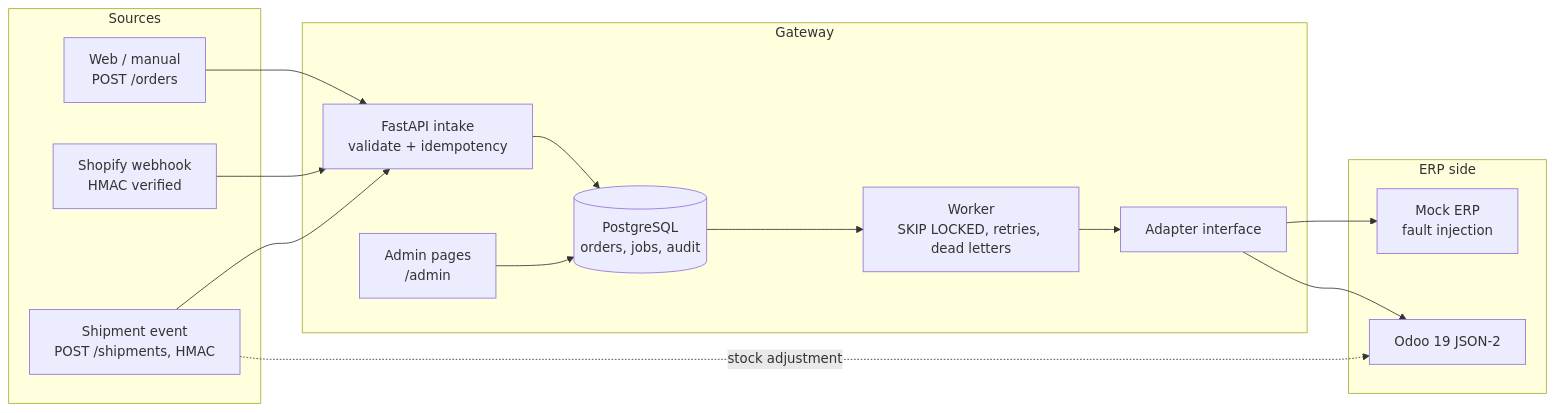
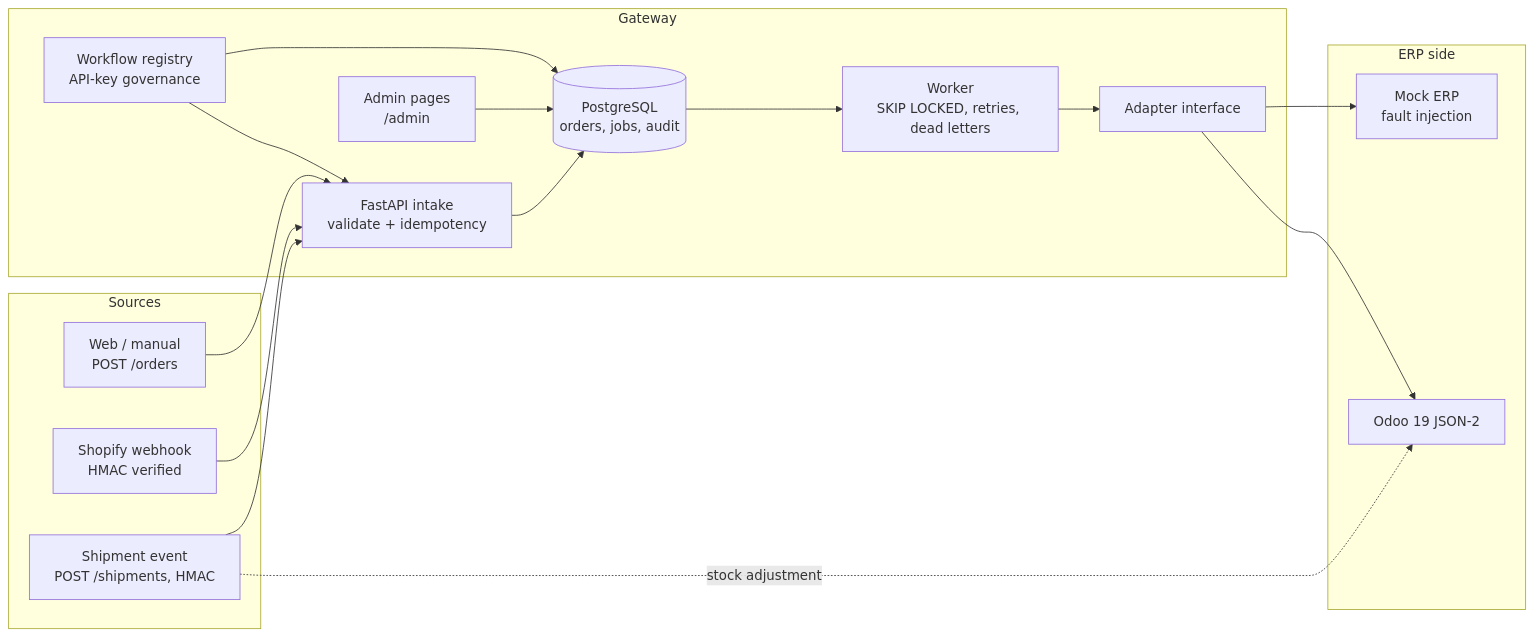
One commit to mediads786/order-gateway changed the first of 2 diagrams in README.md. Above: the diagram before and after it, drawn with Mermaid. The commit also changed other lines of this file and 4 other files, not shown here.

````diff
--- a/README.md
+++ b/README.md
@@ -17,29 +22,32 @@
 ```mermaid
 flowchart LR
   subgraph Sources
     W[Web / manual<br/>POST /orders]
     S[Shopify webhook<br/>HMAC verified]
     SH[Shipment event<br/>POST /shipments, HMAC]
   end
   subgraph Gateway
     API[FastAPI intake<br/>validate + idempotency]
+    GOV[Workflow registry<br/>API-key governance]
     PG[(PostgreSQL<br/>orders, jobs, audit)]
     WK[Worker<br/>SKIP LOCKED, retries, dead letters]
     AD[Adapter interface]
     UI[Admin pages<br/>/admin]
   end
   subgraph ERP side
     M[Mock ERP<br/>fault injection]
     O[Odoo 19 JSON-2]
   end
   W --> API
   S --> API
   SH --> API
+  GOV --> PG
+  GOV --> API
   API --> PG
   PG --> WK
   WK --> AD
   AD --> M
   AD --> O
   SH -. stock adjustment .-> O
   UI --> PG
 ```
````
